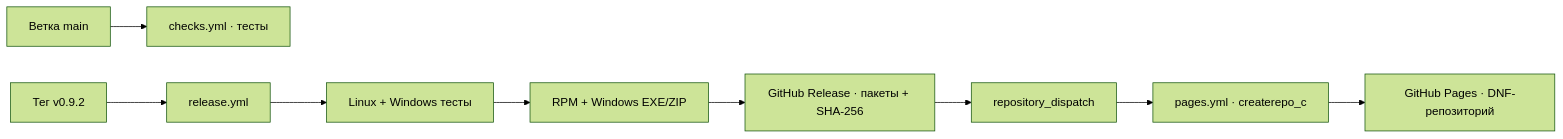
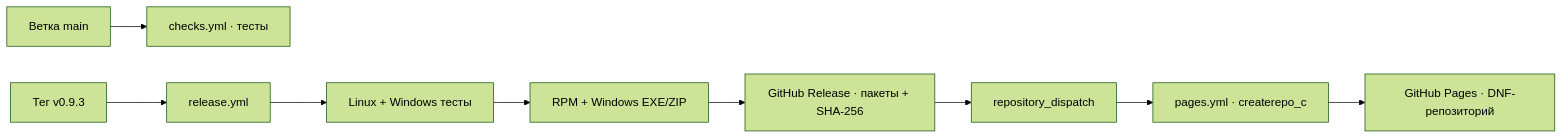
One commit to Kostya5232/naps3-redos changed the second of 3 diagrams in PROGRAM_MAP.md. Above: the diagram before and after it, drawn with Mermaid (forest theme). The commit also changed other lines of this file and 10 other files, not shown here.

````diff
--- a/PROGRAM_MAP.md
+++ b/PROGRAM_MAP.md
@@ -89,11 +89,11 @@
 ```mermaid
 flowchart LR
     MainBranch["Ветка main"] --> Checks["checks.yml · тесты"]
-    Tag["Тег v0.9.2"] --> Release["release.yml"]
+    Tag["Тег v0.9.3"] --> Release["release.yml"]
     Release --> Tests["Linux + Windows тесты"]
     Tests --> Build["RPM + Windows EXE/ZIP"]
     Build --> Assets["GitHub Release · пакеты + SHA-256"]
     Assets --> Dispatch["repository_dispatch"]
     Dispatch --> Pages["pages.yml · createrepo_c"]
     Pages --> DNF["GitHub Pages · DNF-репозиторий"]
 ```
````
